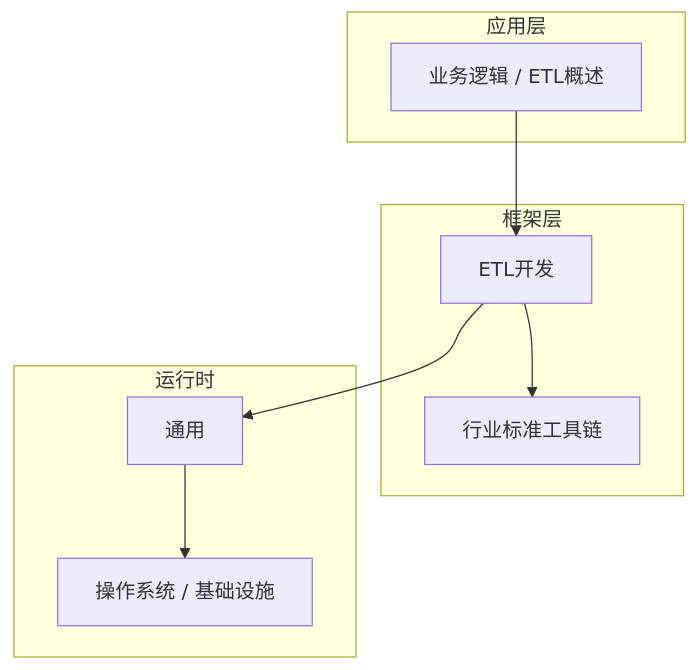
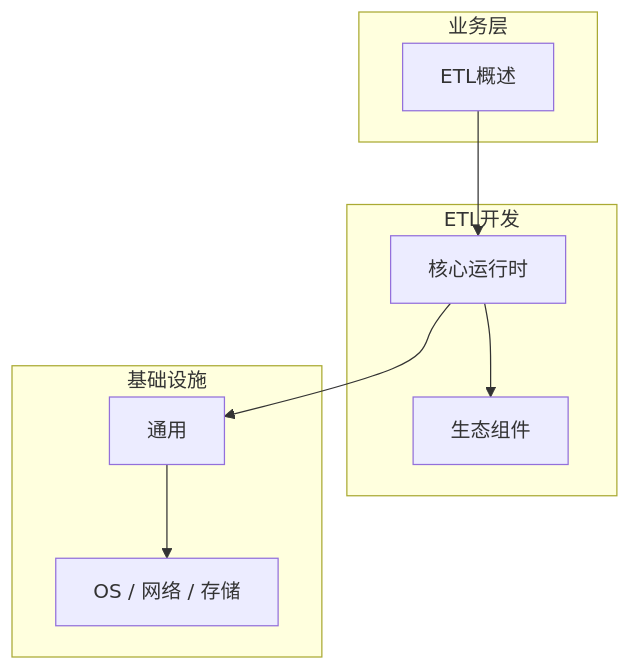
One commit to yanggan2015/knowledge-json-v2 changed the diagram in articles/ETL开发/chapters/001-ETL概述核心概念与原理.md. Above: the diagram before and after it, drawn with Mermaid. The commit also changed other lines of this file and 10127 other files, not shown here.

````diff
--- a/articles/ETL开发/chapters/001-ETL概述核心概念与原理.md
+++ b/articles/ETL开发/chapters/001-ETL概述核心概念与原理.md
@@ -45,18 +34,18 @@
 ```mermaid
 graph TB
-    subgraph 应用层
-        A[业务逻辑 / ETL概述]
+    subgraph 业务层
+        A[ETL概述]
     end
-    subgraph 框架层
-        B[ETL开发]
-        C[行业标准工具链]
+    subgraph ETL开发
+        B[核心运行时]
+        C[生态组件]
     end
-    subgraph 运行时
+    subgraph 基础设施
         D[通用]
-        E[操作系统 / 基础设施]
+        E[OS / 网络 / 存储]
     end
     A --> B
     B --> C
     B --> D
     D --> E
 ```
````
